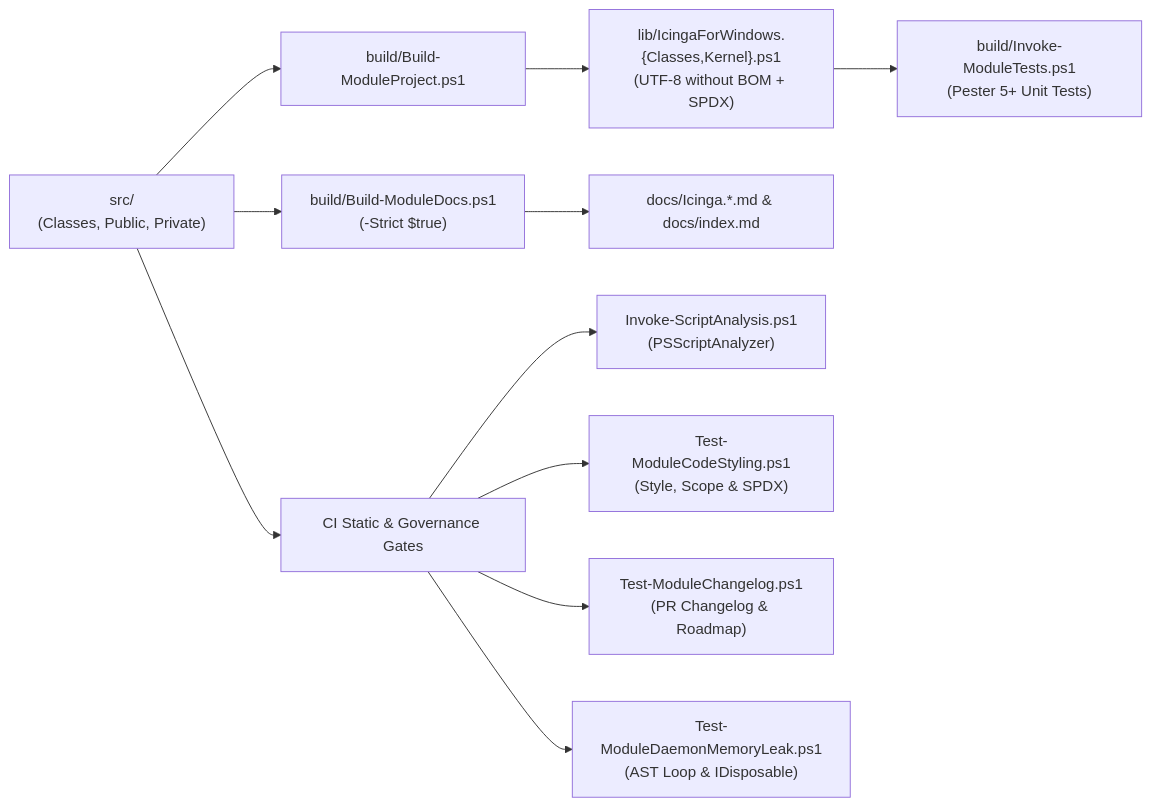
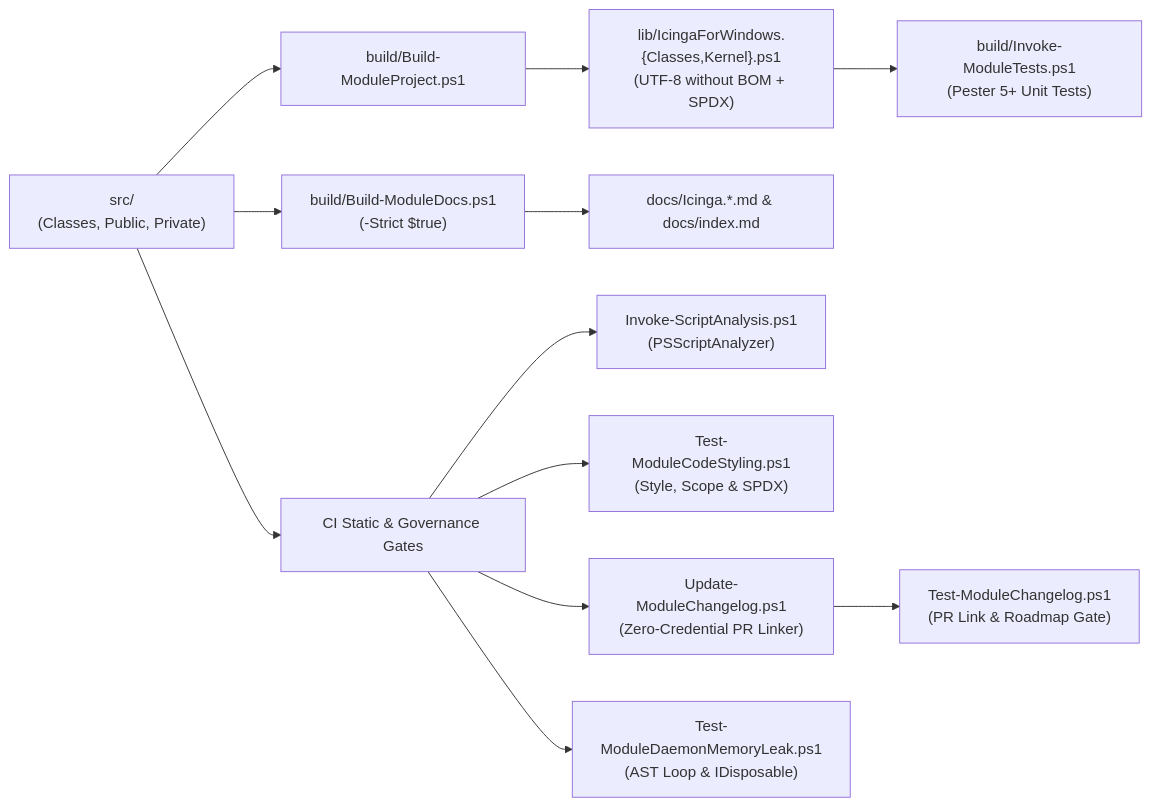
The second of 2 diagrams in README.md (Icinga/IcingaForWindows), drawn with Mermaid before and after one commit. The commit also changed other lines of this file and 10 other files, not shown here.

````diff
--- a/README.md
+++ b/README.md
@@ -52,16 +52,17 @@
 ```mermaid
 flowchart LR
     Src["src/<br/>(Classes, Public, Private)"] --> Compiler["build/Build-ModuleProject.ps1"]
     Compiler --> Lib["lib/IcingaForWindows.{Classes,Kernel}.ps1<br/>(UTF-8 without BOM + SPDX)"]
 
     Src --> DocGen["build/Build-ModuleDocs.ps1<br/>(-Strict $true)"]
     DocGen --> ApiDocs["docs/Icinga.*.md & docs/index.md"]
 
     Src --> Gates["CI Static & Governance Gates"]
     Gates --> PSSA["Invoke-ScriptAnalysis.ps1<br/>(PSScriptAnalyzer)"]
     Gates --> Style["Test-ModuleCodeStyling.ps1<br/>(Style, Scope & SPDX)"]
-    Gates --> Changelog["Test-ModuleChangelog.ps1<br/>(PR Changelog & Roadmap)"]
+    Gates --> ChangelogLink["Update-ModuleChangelog.ps1<br/>(Zero-Credential PR Linker)"]
+    ChangelogLink --> Changelog["Test-ModuleChangelog.ps1<br/>(PR Link & Roadmap Gate)"]
     Gates --> Leak["Test-ModuleDaemonMemoryLeak.ps1<br/>(AST Loop & IDisposable)"]
 
     Lib --> Pester["build/Invoke-ModuleTests.ps1<br/>(Pester 5+ Unit Tests)"]
 ```
````
